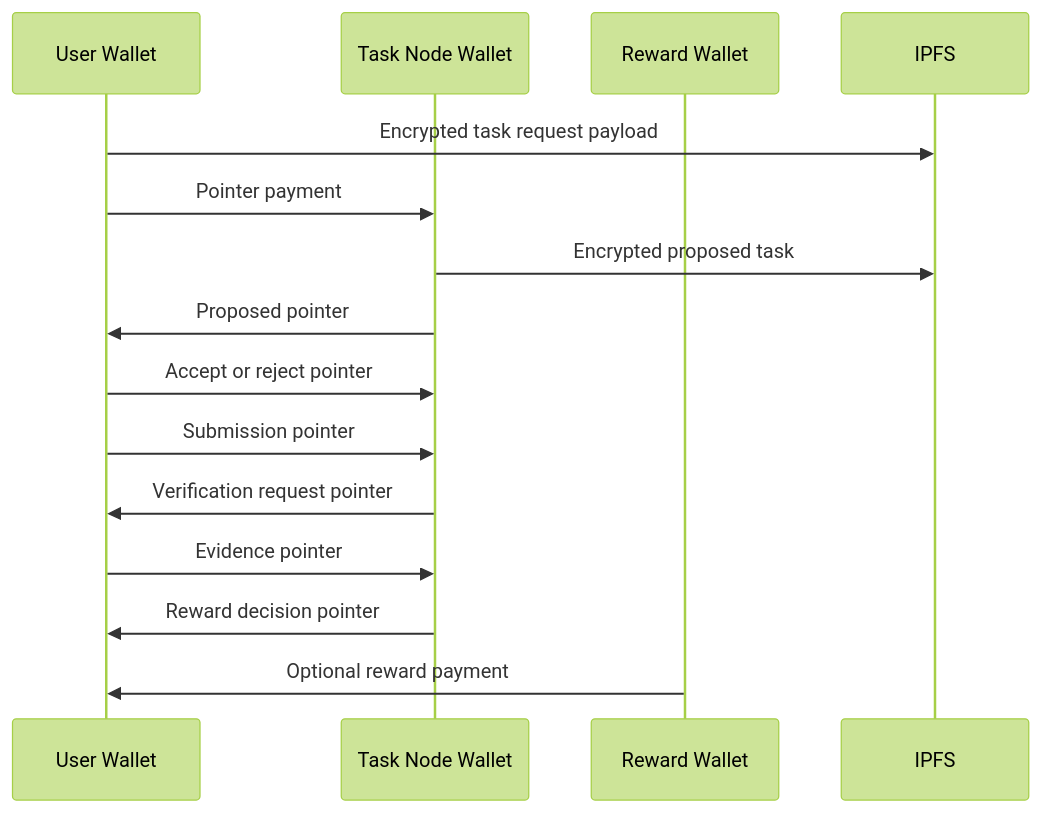
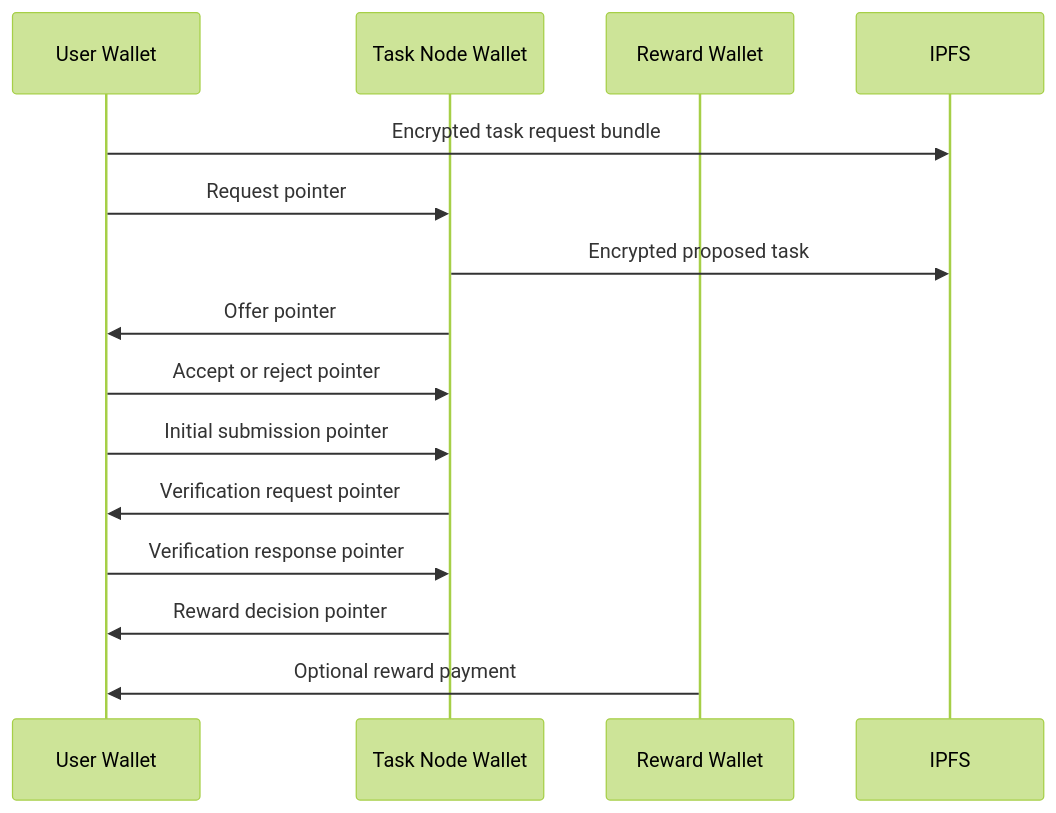
One commit to postfiatorg/tasknode changed the diagram in docs/wiki/architecture/task-lifecycle.md. Above: the diagram before and after it, drawn with Mermaid (forest theme). The commit also changed other lines of this file and 11 other files, not shown here.

````diff
--- a/docs/wiki/architecture/task-lifecycle.md
+++ b/docs/wiki/architecture/task-lifecycle.md
@@ -29,17 +39,17 @@
 ```mermaid
 sequenceDiagram
   participant U as User Wallet
   participant T as Task Node Wallet
   participant R as Reward Wallet
   participant IPFS as IPFS
-  U->>IPFS: Encrypted task request payload
-  U->>T: Pointer payment
+  U->>IPFS: Encrypted task request bundle
+  U->>T: Request pointer
   T->>IPFS: Encrypted proposed task
-  T->>U: Proposed pointer
+  T->>U: Offer pointer
   U->>T: Accept or reject pointer
-  U->>T: Submission pointer
+  U->>T: Initial submission pointer
   T->>U: Verification request pointer
-  U->>T: Evidence pointer
+  U->>T: Verification response pointer
   T->>U: Reward decision pointer
   R->>U: Optional reward payment
 ```
````
